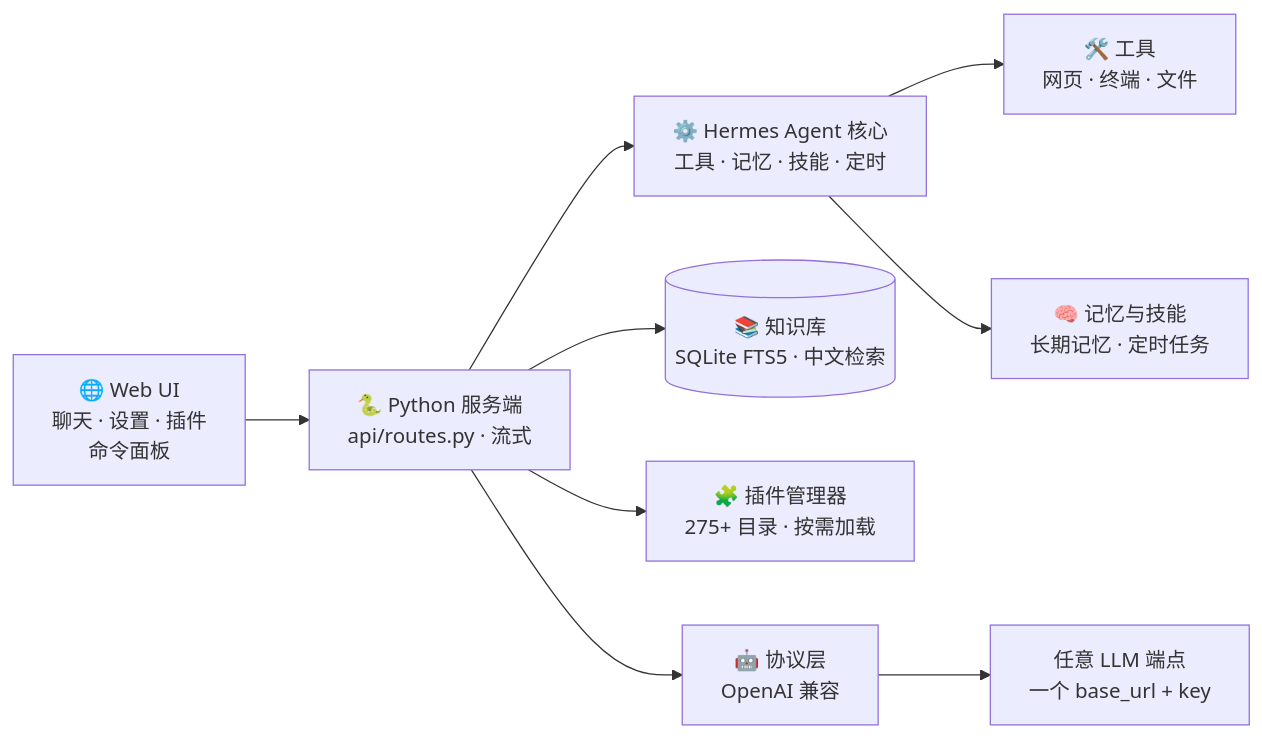
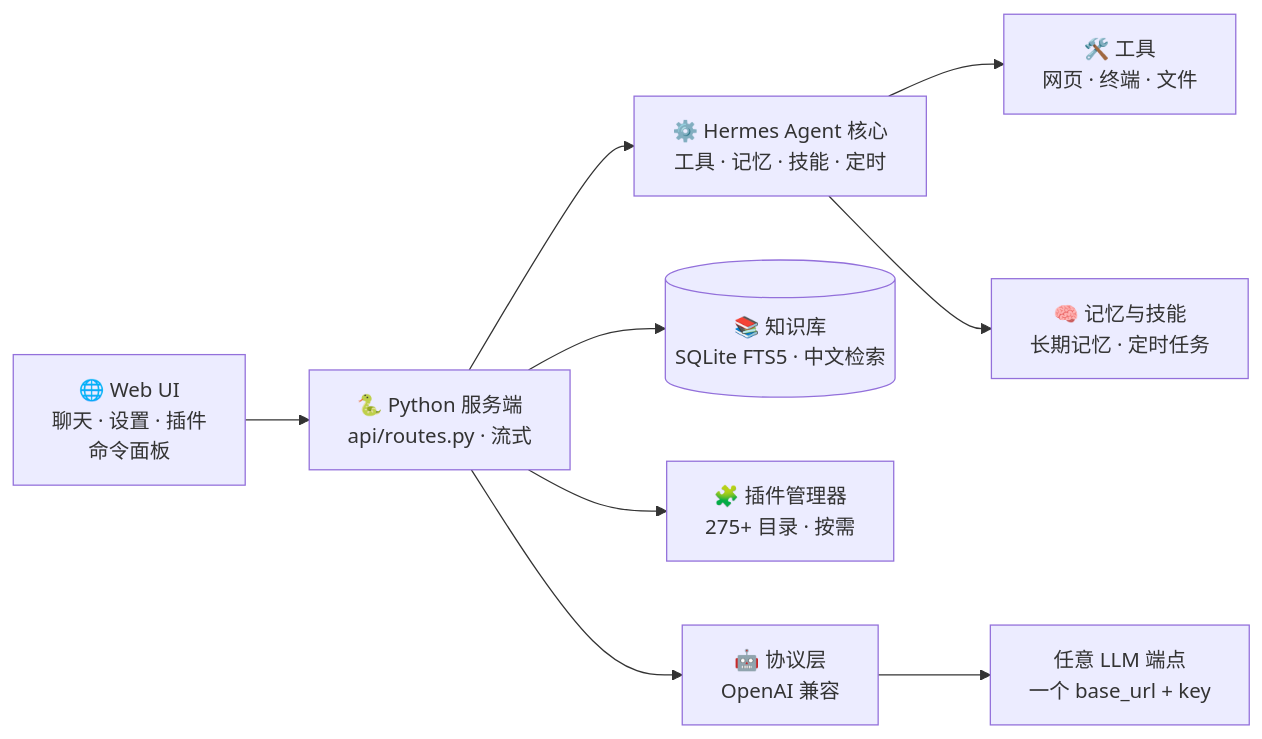
The diagram in README.zh-CN.md (Morningstar202604/iris), drawn with Mermaid before and after one commit. The commit also changed other lines of this file and 15 other files, not shown here.

````diff
--- a/README.zh-CN.md
+++ b/README.zh-CN.md
@@ -76,11 +101,11 @@
 ```mermaid
 flowchart LR
     U["🌐 Web UI<br/>聊天 · 设置 · 插件<br/>命令面板"] --> S["🐍 Python 服务端<br/>api/routes.py · 流式"]
     S --> A["⚙️ Hermes Agent 核心<br/>工具 · 记忆 · 技能 · 定时"]
     S --> KB[("📚 知识库<br/>SQLite FTS5 · 中文检索")]
-    S --> PM["🧩 插件管理器<br/>275+ 目录 · 按需加载"]
+    S --> PM["🧩 插件管理器<br/>275+ 目录 · 按需"]
     S --> PL["🤖 协议层<br/>OpenAI 兼容"]
     PL --> M["任意 LLM 端点<br/>一个 base_url + key"]
     A --> T1["🛠️ 工具<br/>网页 · 终端 · 文件"]
     A --> T2["🧠 记忆与技能<br/>长期记忆 · 定时任务"]
 ```
````
